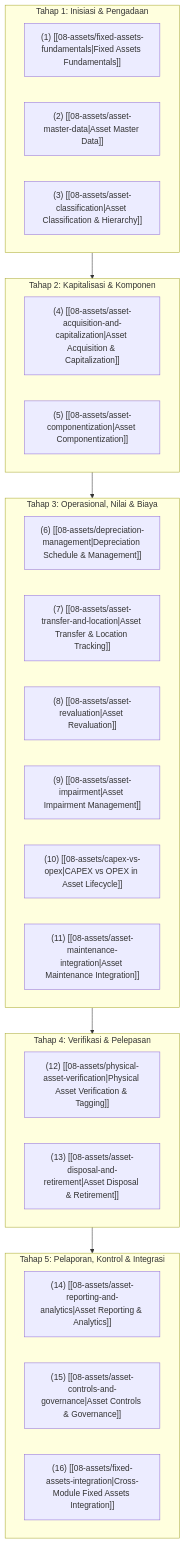
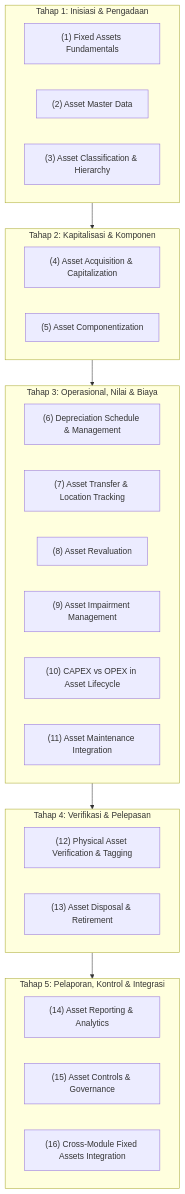
The diagram in content/08-assets/index.md (alimurrofid/erp-notes), drawn with Mermaid before and after one commit. The commit also changed 37 other files, not shown here.

Commit message:
refactor(content): normalize section headings and Mermaid labels

````diff
--- a/content/08-assets/index.md
+++ b/content/08-assets/index.md
@@ -19,35 +19,35 @@
 ```mermaid
 flowchart TD
     subgraph S1["Tahap 1: Inisiasi & Pengadaan"]
-        N1["(1) [[08-assets/fixed-assets-fundamentals|Fixed Assets Fundamentals]]"]
-        N2["(2) [[08-assets/asset-master-data|Asset Master Data]]"]
-        N3["(3) [[08-assets/asset-classification|Asset Classification & Hierarchy]]"]
+        N1["(1) Fixed Assets Fundamentals"]
+        N2["(2) Asset Master Data"]
+        N3["(3) Asset Classification & Hierarchy"]
     end
 
     subgraph S2["Tahap 2: Kapitalisasi & Komponen"]
-        N4["(4) [[08-assets/asset-acquisition-and-capitalization|Asset Acquisition & Capitalization]]"]
-        N5["(5) [[08-assets/asset-componentization|Asset Componentization]]"]
+        N4["(4) Asset Acquisition & Capitalization"]
+        N5["(5) Asset Componentization"]
     end
 
     subgraph S3["Tahap 3: Operasional, Nilai & Biaya"]
-        N6["(6) [[08-assets/depreciation-management|Depreciation Schedule & Management]]"]
-        N7["(7) [[08-assets/asset-transfer-and-location|Asset Transfer & Location Tracking]]"]
-        N8["(8) [[08-assets/asset-revaluation|Asset Revaluation]]"]
-        N9["(9) [[08-assets/asset-impairment|Asset Impairment Management]]"]
-        N10["(10) [[08-assets/capex-vs-opex|CAPEX vs OPEX in Asset Lifecycle]]"]
-        N11["(11) [[08-assets/asset-maintenance-integration|Asset Maintenance Integration]]"]
+        N6["(6) Depreciation Schedule & Management"]
+        N7["(7) Asset Transfer & Location Tracking"]
+        N8["(8) Asset Revaluation"]
+        N9["(9) Asset Impairment Management"]
+        N10["(10) CAPEX vs OPEX in Asset Lifecycle"]
+        N11["(11) Asset Maintenance Integration"]
     end
 
     subgraph S4["Tahap 4: Verifikasi & Pelepasan"]
-        N12["(12) [[08-assets/physical-asset-verification|Physical Asset Verification & Tagging]]"]
-        N13["(13) [[08-assets/asset-disposal-and-retirement|Asset Disposal & Retirement]]"]
+        N12["(12) Physical Asset Verification & Tagging"]
+        N13["(13) Asset Disposal & Retirement"]
     end
 
     subgraph S5["Tahap 5: Pelaporan, Kontrol & Integrasi"]
-        N14["(14) [[08-assets/asset-reporting-and-analytics|Asset Reporting & Analytics]]"]
-        N15["(15) [[08-assets/asset-controls-and-governance|Asset Controls & Governance]]"]
-        N16["(16) [[08-assets/fixed-assets-integration|Cross-Module Fixed Assets Integration]]"]
+        N14["(14) Asset Reporting & Analytics"]
+        N15["(15) Asset Controls & Governance"]
+        N16["(16) Cross-Module Fixed Assets Integration"]
     end
 
     S1 --> S2 --> S3 --> S4 --> S5
 ```
````
